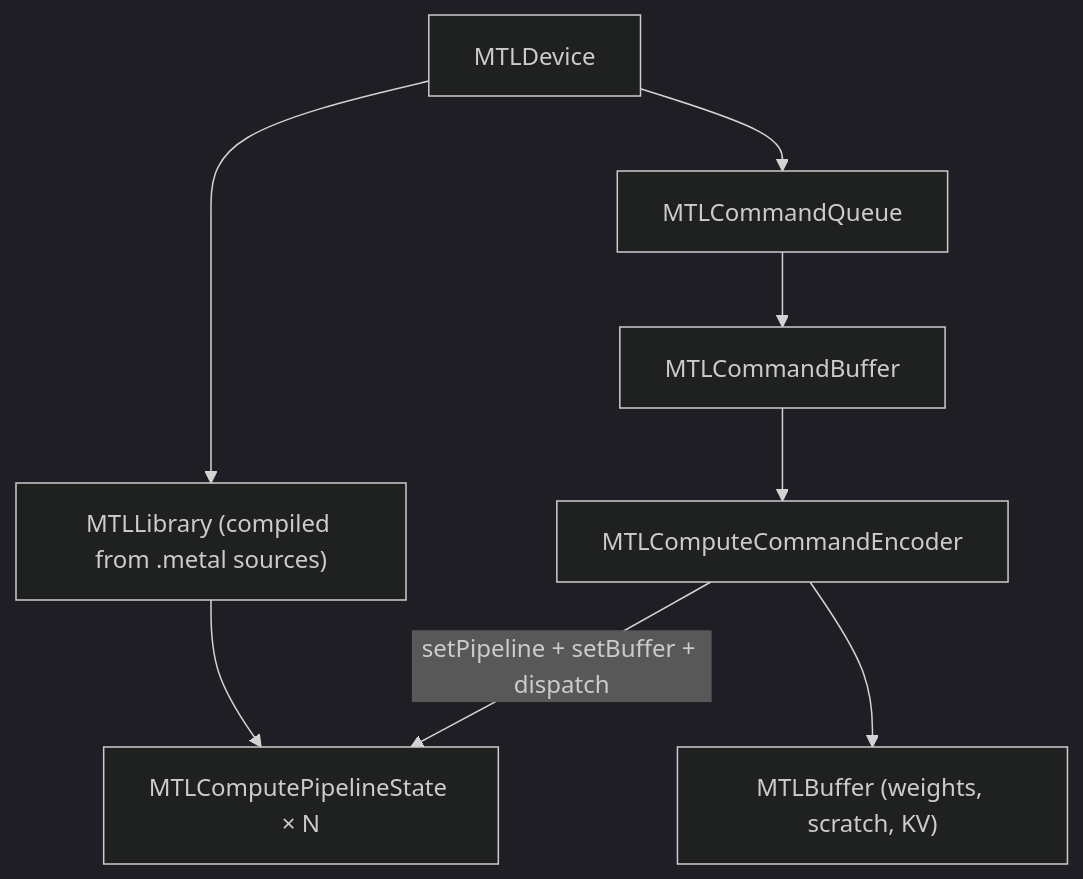
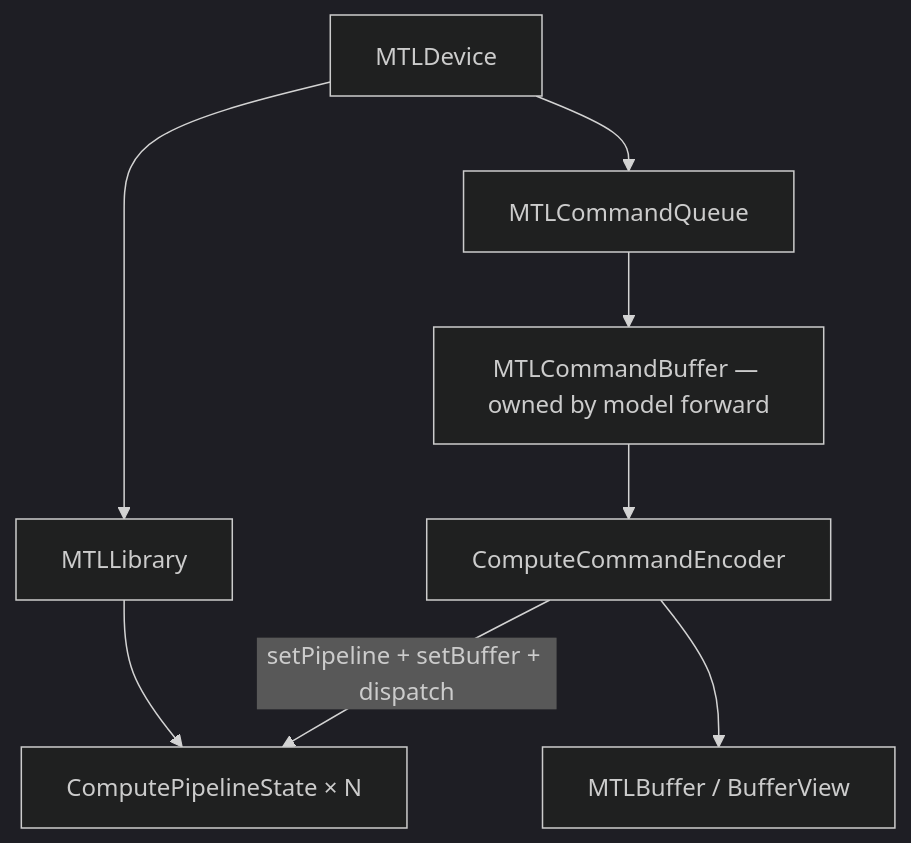
The diagram in docs/textbook/04_metal_runtime.md (githubpradeep/metal-llm-server), drawn with Mermaid (dark theme) before and after one commit. The commit also changed other lines of this file and 22 other files, not shown here.

````diff
--- a/docs/textbook/04_metal_runtime.md
+++ b/docs/textbook/04_metal_runtime.md
@@ -15,16 +23,16 @@
 ```mermaid
 flowchart TB
   Dev["MTLDevice"]
   Q["MTLCommandQueue"]
-  Lib["MTLLibrary (compiled from .metal sources)"]
-  PSO["MTLComputePipelineState × N"]
-  CB["MTLCommandBuffer"]
-  Enc["MTLComputeCommandEncoder"]
-  Buf["MTLBuffer (weights, scratch, KV)"]
+  Lib["MTLLibrary"]
+  PSO["ComputePipelineState × N"]
+  CB["MTLCommandBuffer — owned by model forward"]
+  Enc["ComputeCommandEncoder"]
+  Buf["MTLBuffer / BufferView"]
 
   Dev --> Q
   Dev --> Lib --> PSO
   Q --> CB --> Enc
   Enc -->|"setPipeline + setBuffer + dispatch"| PSO
   Enc --> Buf
 ```
````
